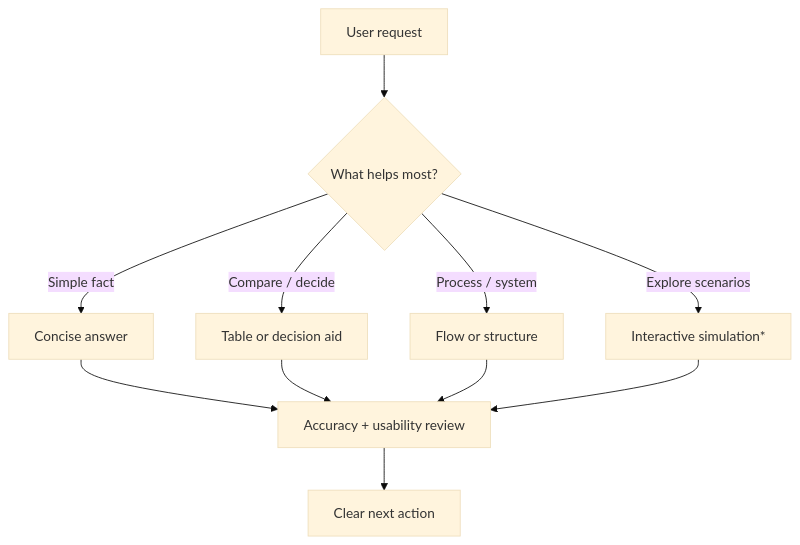
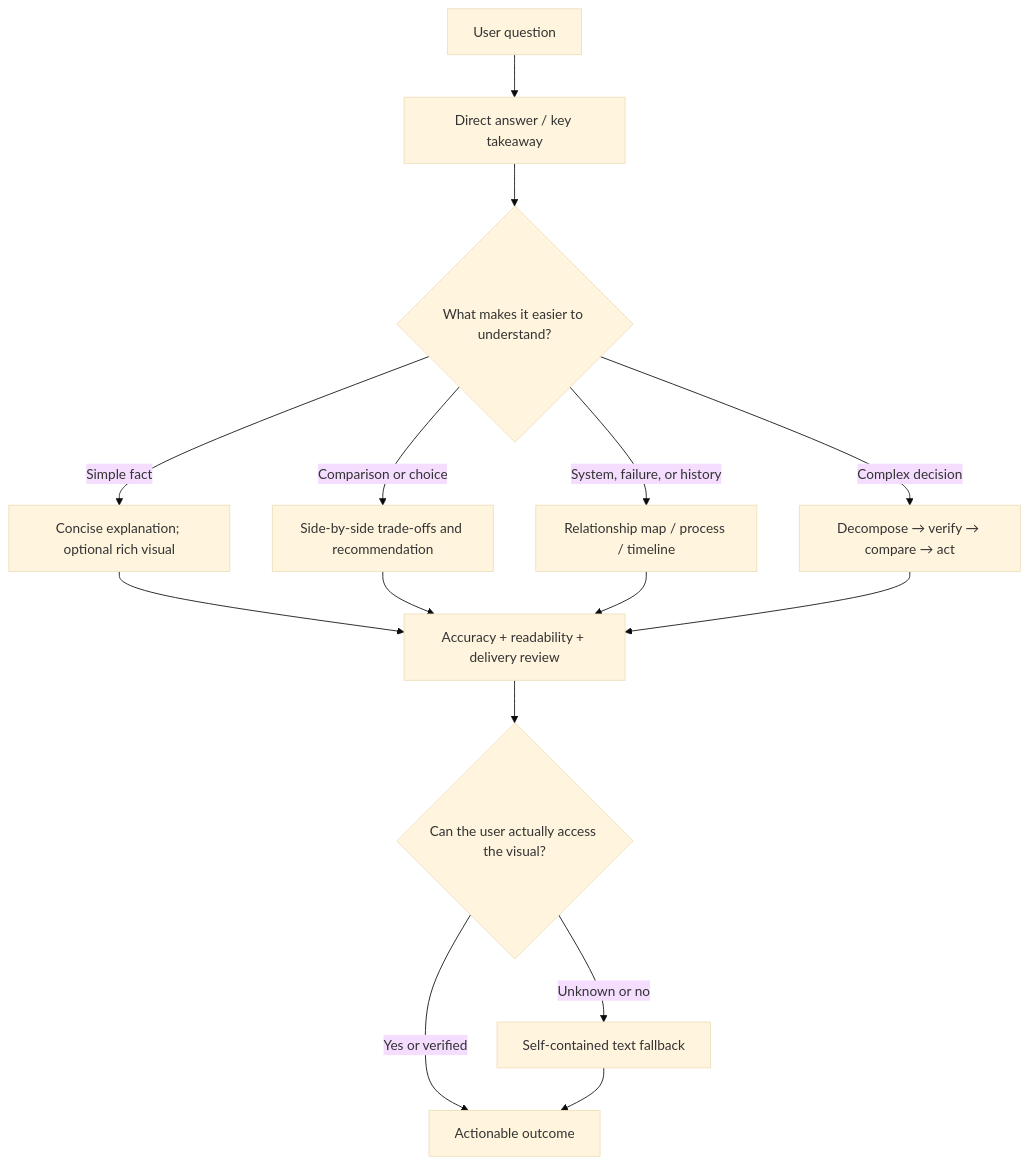
One commit to dominkang90/visual-intelligence-v8 changed the diagram in README.md. Above: the diagram before and after it, drawn with Mermaid (base theme). The commit also changed other lines of this file, not shown here.

Commit message:
docs: align README.md with V8.1 hybrid visual response framework

````diff
--- a/README.md
+++ b/README.md
@@ -22,13 +30,17 @@
 ```mermaid
-flowchart TB
-    A["User request"] --> B{"What helps most?"}
-    B -->|"Simple fact"| C["Concise answer"]
-    B -->|"Compare / decide"| D["Table or decision aid"]
-    B -->|"Process / system"| E["Flow or structure"]
-    B -->|"Explore scenarios"| F["Interactive simulation*"]
-    C --> G["Accuracy + usability review"]
-    D --> G
-    E --> G
-    F --> G
-    G --> H["Clear next action"]
+flowchart TD
+    A["User question"] --> B["Direct answer / key takeaway"]
+    B --> C{"What makes it easier to understand?"}
+    C -->|Simple fact| D["Concise explanation; optional rich visual"]
+    C -->|Comparison or choice| E["Side-by-side trade-offs and recommendation"]
+    C -->|System, failure, or history| F["Relationship map / process / timeline"]
+    C -->|Complex decision| G["Decompose → verify → compare → act"]
+    D --> H["Accuracy + readability + delivery review"]
+    E --> H
+    F --> H
+    G --> H
+    H --> I{"Can the user actually access the visual?"}
+    I -->|Yes or verified| J["Actionable outcome"]
+    I -->|Unknown or no| K["Self-contained text fallback"]
+    K --> J
 ```
````
